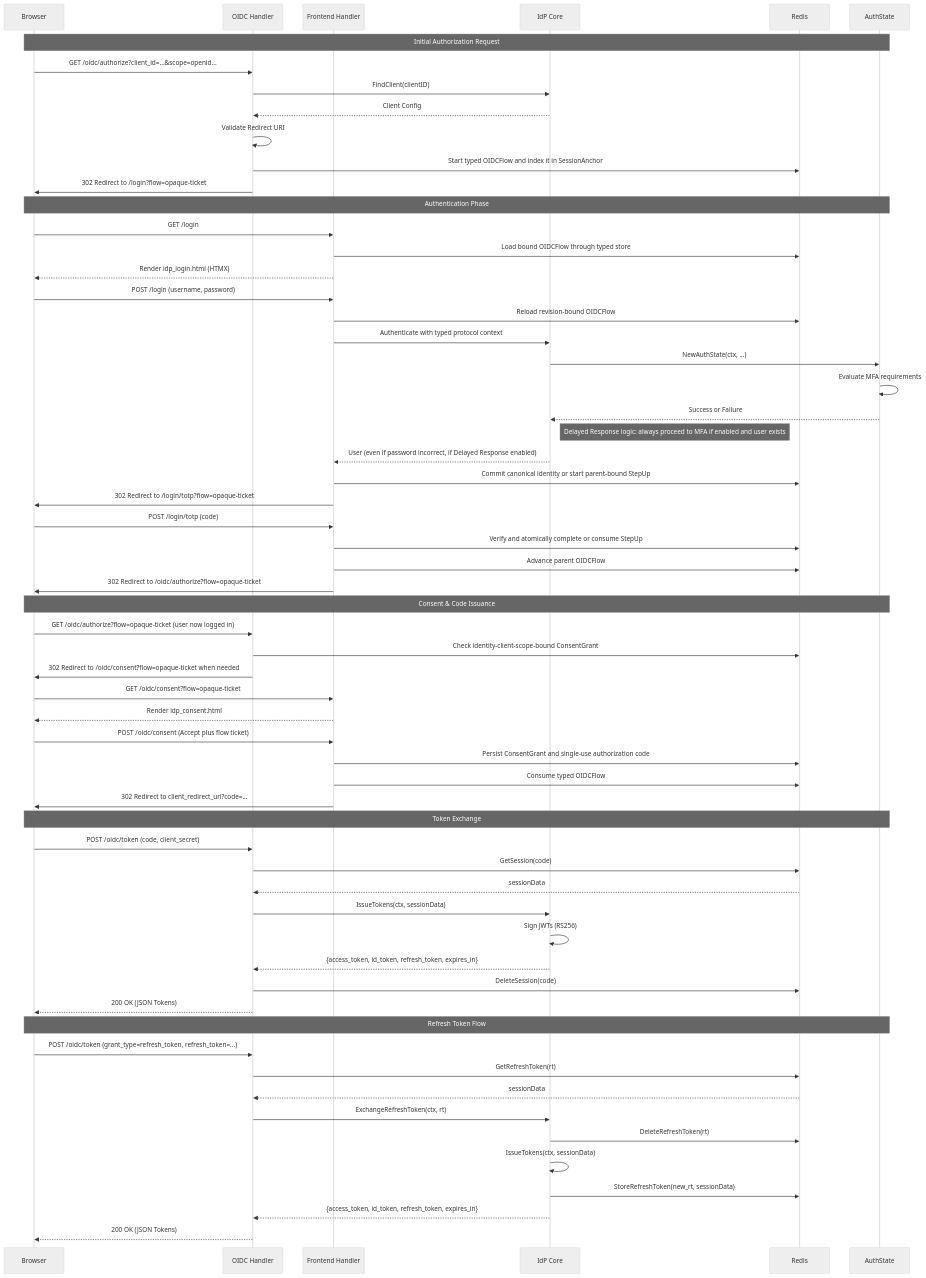
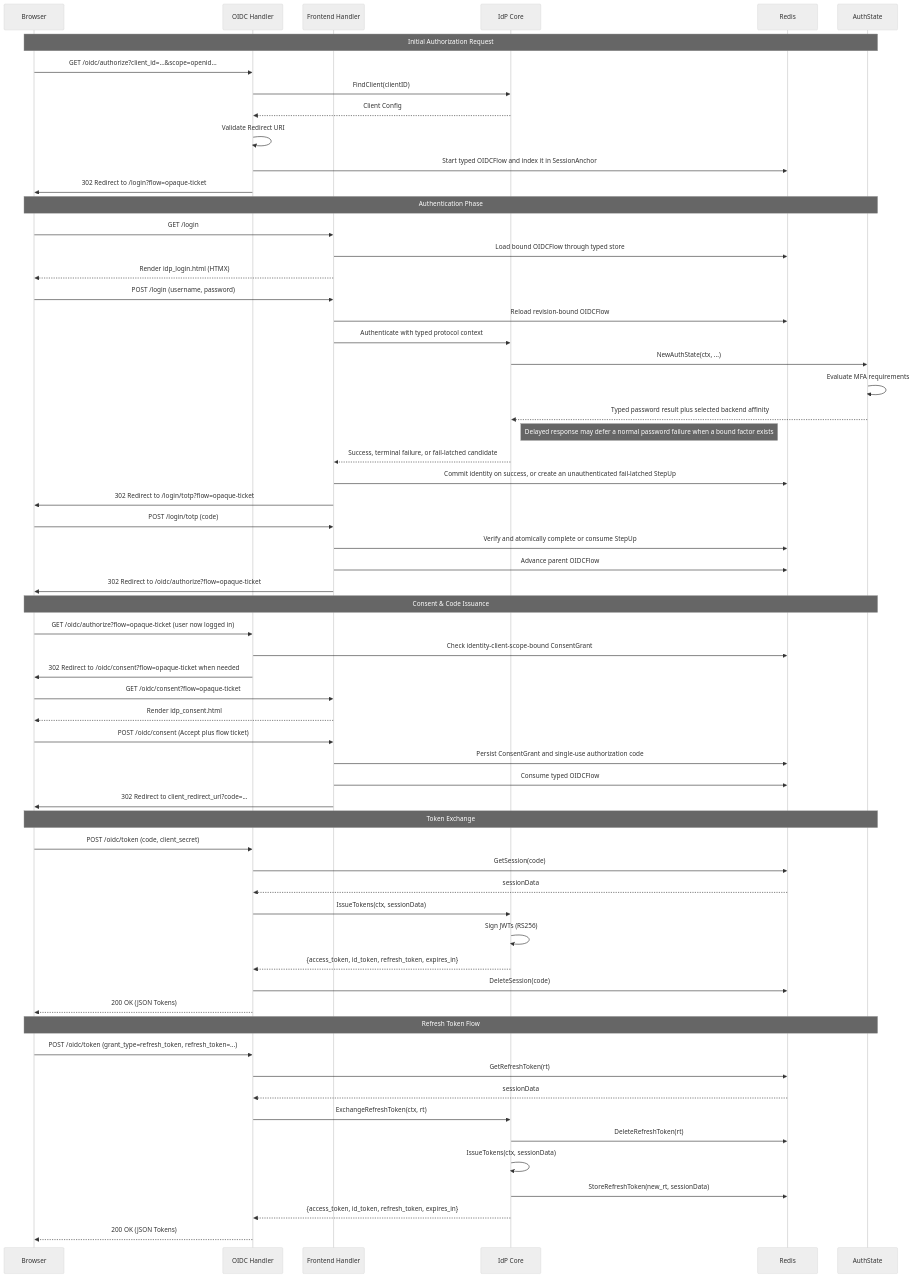
One commit to croessner/nauthilus changed the fourth of 14 diagrams in server/docs/idp.md. Above: the diagram before and after it, drawn with Mermaid (neutral theme). The commit also changed other lines of this file and 61 other files, not shown here.

First line of the commit message:
Fix: Complete canonical IdP identity flows

````diff
--- a/server/docs/idp.md
+++ b/server/docs/idp.md
@@ -138,63 +173,63 @@
 ```mermaid
 sequenceDiagram
     participant B as Browser
     participant H as OIDC Handler
     participant F as Frontend Handler
     participant I as IdP Core
     participant R as Redis
     participant A as AuthState
     Note over B, A: Initial Authorization Request
     B ->> H: GET /oidc/authorize?client_id=...&scope=openid...
     H ->> I: FindClient(clientID)
     I -->> H: Client Config
     H ->> H: Validate Redirect URI
     H ->> R: Start typed OIDCFlow and index it in SessionAnchor
     H ->> B: 302 Redirect to /login?flow=opaque-ticket
     Note over B, A: Authentication Phase
     B ->> F: GET /login
     F ->> R: Load bound OIDCFlow through typed store
     F -->> B: Render idp_login.html (HTMX)
     B ->> F: POST /login (username, password)
     F ->> R: Reload revision-bound OIDCFlow
     F ->> I: Authenticate with typed protocol context
     I ->> A: NewAuthState(ctx, ...)
     A ->> A: Evaluate MFA requirements
-    A -->> I: Success or Failure
-    Note right of I: Delayed Response logic: always proceed to MFA if enabled and user exists
-    I -->> F: User (even if password incorrect, if Delayed Response enabled)
-    F ->> R: Commit canonical identity or start parent-bound StepUp
+    A -->> I: Typed password result plus selected backend affinity
+    Note right of I: Delayed response may defer a normal password failure when a bound factor exists
+    I -->> F: Success, terminal failure, or fail-latched candidate
+    F ->> R: Commit identity on success, or create an unauthenticated fail-latched StepUp
     F ->> B: 302 Redirect to /login/totp?flow=opaque-ticket
     B ->> F: POST /login/totp (code)
     F ->> R: Verify and atomically complete or consume StepUp
     F ->> R: Advance parent OIDCFlow
     F ->> B: 302 Redirect to /oidc/authorize?flow=opaque-ticket
     Note over B, A: Consent & Code Issuance
     B ->> H: GET /oidc/authorize?flow=opaque-ticket (user now logged in)
     H ->> R: Check identity-client-scope-bound ConsentGrant
     H ->> B: 302 Redirect to /oidc/consent?flow=opaque-ticket when needed
     B ->> F: GET /oidc/consent?flow=opaque-ticket
     F -->> B: Render idp_consent.html
     B ->> F: POST /oidc/consent (Accept plus flow ticket)
     F ->> R: Persist ConsentGrant and single-use authorization code
     F ->> R: Consume typed OIDCFlow
     F ->> B: 302 Redirect to client_redirect_uri?code=...
     Note over B, A: Token Exchange
     B ->> H: POST /oidc/token (code, client_secret)
     H ->> R: GetSession(code)
     R -->> H: sessionData
     H ->> I: IssueTokens(ctx, sessionData)
     I ->> I: Sign JWTs (RS256)
     I -->> H: {access_token, id_token, refresh_token, expires_in}
     H ->> R: DeleteSession(code)
     H -->> B: 200 OK (JSON Tokens)
     Note over B, A: Refresh Token Flow
     B ->> H: POST /oidc/token (grant_type=refresh_token, refresh_token=...)
     H ->> R: GetRefreshToken(rt)
     R -->> H: sessionData
     H ->> I: ExchangeRefreshToken(ctx, rt)
     I ->> R: DeleteRefreshToken(rt)
     I ->> I: IssueTokens(ctx, sessionData)
     I ->> R: StoreRefreshToken(new_rt, sessionData)
     I -->> H: {access_token, id_token, refresh_token, expires_in}
     H -->> B: 200 OK (JSON Tokens)
 ```
````
